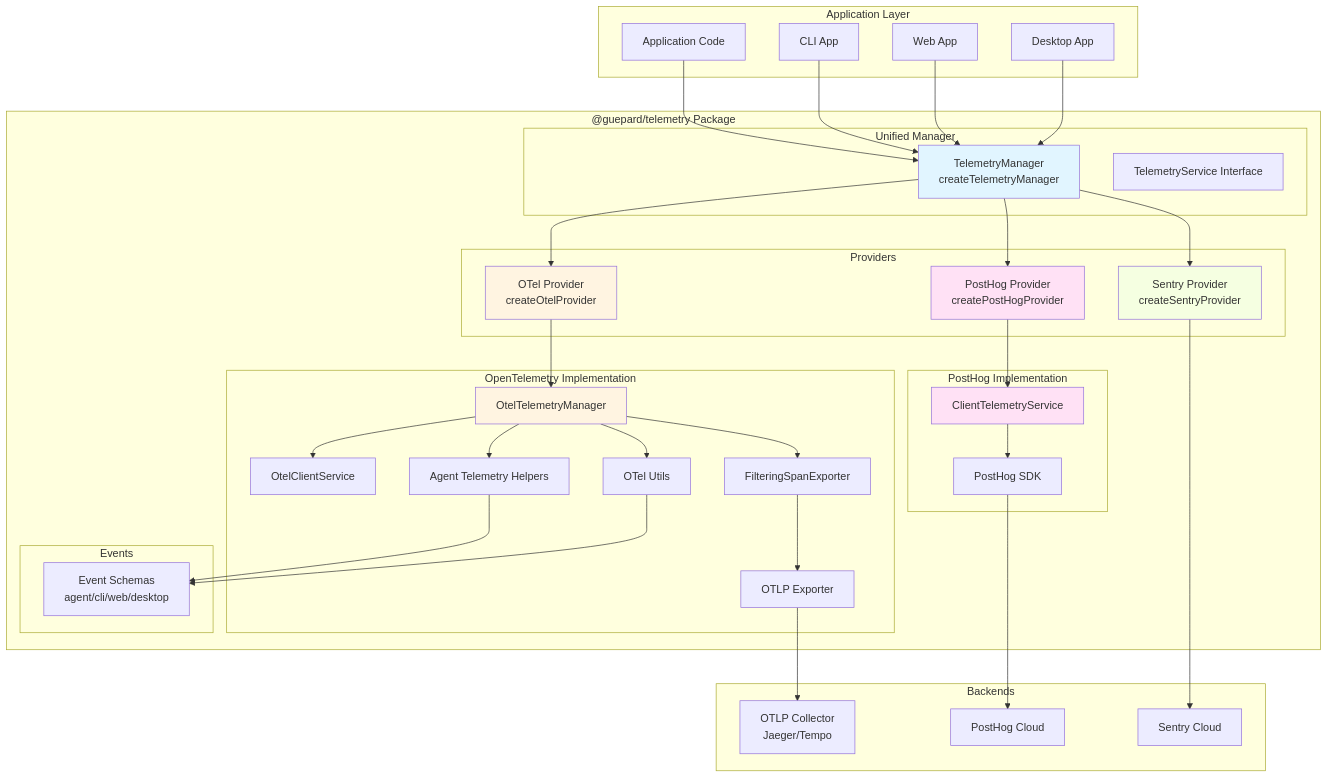
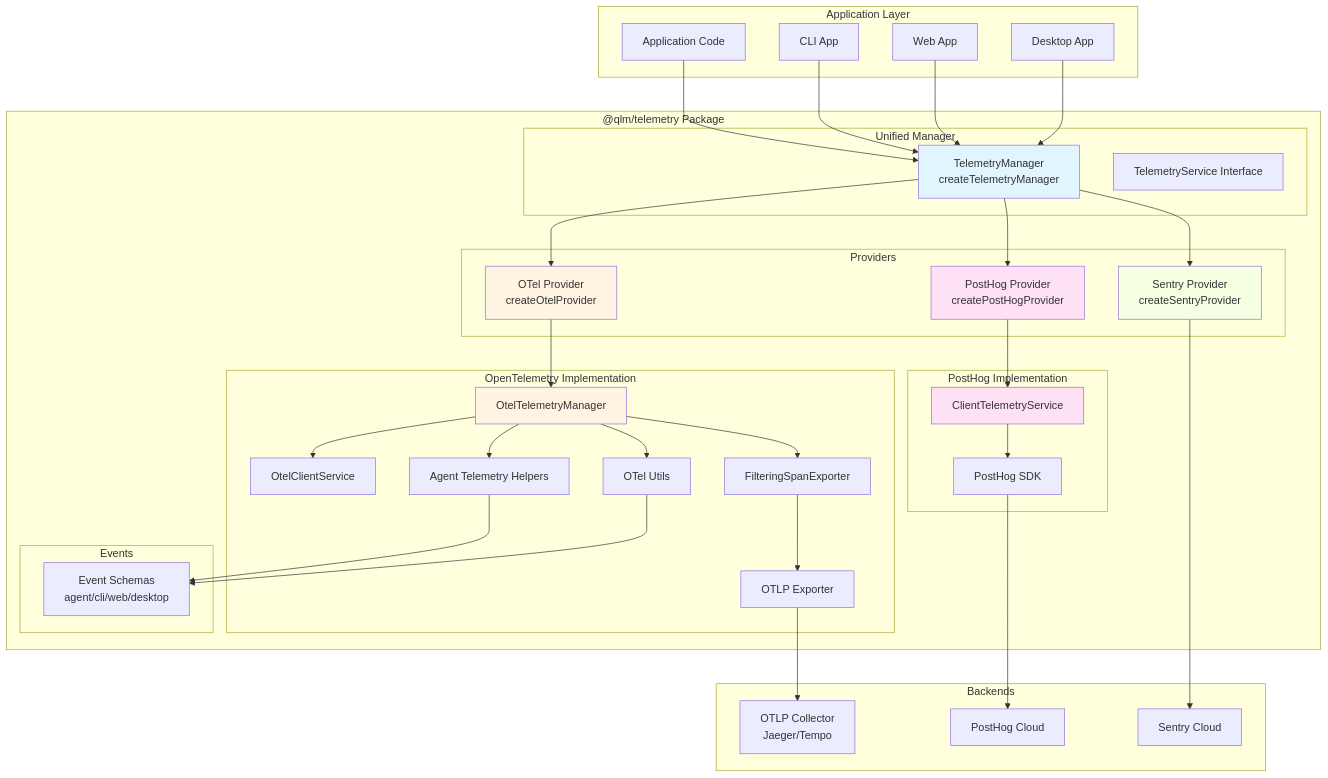
The first of 8 diagrams in packages/telemetry/docs/ARCHITECTURE.md (mGhassen/QLM), drawn with Mermaid before and after one commit. The commit also changed other lines of this file and 1535 other files, not shown here.

First line of the commit message:
refactor: rename Rasm/Guepard branding to QLM

````diff
--- a/packages/telemetry/docs/ARCHITECTURE.md
+++ b/packages/telemetry/docs/ARCHITECTURE.md
@@ -12,79 +12,79 @@
 ```mermaid
 graph TB
     subgraph "Application Layer"
         APP[Application Code]
         CLI[CLI App]
         WEB[Web App]
         DESKTOP[Desktop App]
     end
 
-    subgraph "@guepard/telemetry Package"
+    subgraph "@qlm/telemetry Package"
         subgraph "Unified Manager"
             TM[TelemetryManager<br/>createTelemetryManager]
             TS[TelemetryService Interface]
         end
 
         subgraph "Providers"
             PH[PostHog Provider<br/>createPostHogProvider]
             OT[OTel Provider<br/>createOtelProvider]
             SN[Sentry Provider<br/>createSentryProvider]
         end
 
         subgraph "OpenTelemetry Implementation"
             OTM[OtelTelemetryManager]
             OCS[OtelClientService]
             OTE[OTLP Exporter]
             FSE[FilteringSpanExporter]
             ATH[Agent Telemetry Helpers]
             OTU[OTel Utils]
         end
 
         subgraph "PostHog Implementation"
             PHS[ClientTelemetryService]
             PHI[PostHog SDK]
         end
 
         subgraph "Events"
             EVT[Event Schemas<br/>agent/cli/web/desktop]
         end
     end
 
     subgraph "Backends"
         OTLP[OTLP Collector<br/>Jaeger/Tempo]
         PHB[PostHog Cloud]
         SNB[Sentry Cloud]
     end
 
     APP --> TM
     CLI --> TM
     WEB --> TM
     DESKTOP --> TM
 
     TM --> PH
     TM --> OT
     TM --> SN
 
     PH --> PHS
     PHS --> PHI
     PHI --> PHB
 
     OT --> OTM
     OTM --> OCS
     OTM --> FSE
     FSE --> OTE
     OTE --> OTLP
 
     SN --> SNB
 
     OTM --> ATH
     ATH --> EVT
     OTM --> OTU
     OTU --> EVT
 
     style TM fill:#e1f5ff
     style OTM fill:#fff4e1
     style PHS fill:#ffe1f5
     style PH fill:#ffe1f5
     style OT fill:#fff4e1
     style SN fill:#f5ffe1
 ```
````
